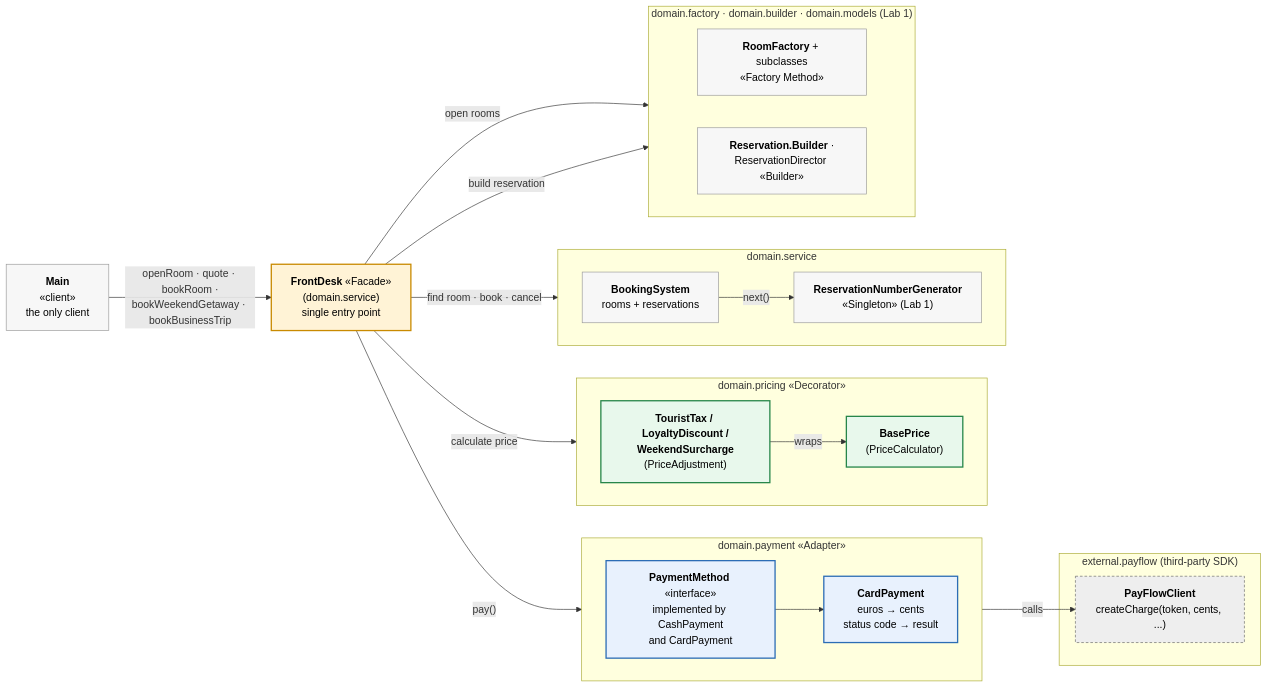
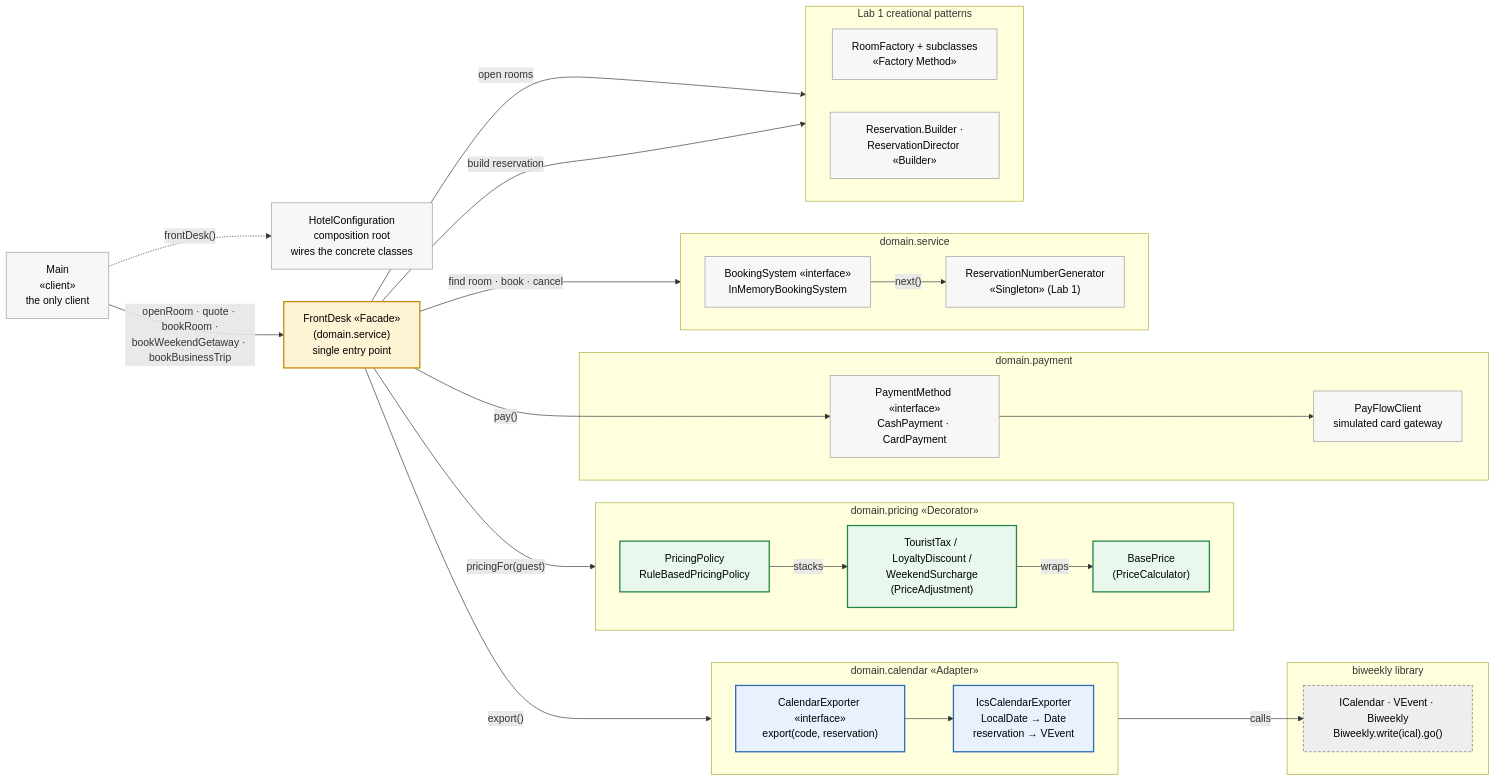
The diagram in lab2/diagrams/1-architecture.mmd (chiriladam/tmps-labs), drawn with Mermaid before and after one commit. The commit also changed 9 other files, not shown here.

Commit message:
Lab 2: update diagrams for the new design and re-render the PNGs

```diff
--- a/lab2/diagrams/1-architecture.mmd
+++ b/lab2/diagrams/1-architecture.mmd
@@ -1,53 +1,64 @@
 flowchart LR
-    Main["<b>Main</b><br/>«client»<br/>the only client"]
-    FD["<b>FrontDesk</b> «Facade»<br/>(domain.service)<br/>single entry point"]
+    Main["Main<br/>«client»<br/>the only client"]
+    CFG["HotelConfiguration<br/>composition root<br/>wires the concrete classes"]
+    FD["FrontDesk «Facade»<br/>(domain.service)<br/>single entry point"]
 
-    subgraph payment["domain.payment  «Adapter»"]
+    subgraph calendar["domain.calendar  «Adapter»"]
         direction LR
-        PM["<b>PaymentMethod</b> «interface»<br/>implemented by CashPayment<br/>and CardPayment"]
-        CP["<b>CardPayment</b><br/>euros → cents<br/>status code → result"]
+        CE["CalendarExporter «interface»<br/>export(code, reservation)"]
+        ICS["IcsCalendarExporter<br/>LocalDate → Date<br/>reservation → VEvent"]
     end
 
-    subgraph external["external.payflow (third-party SDK)"]
-        PF["<b>PayFlowClient</b><br/>createCharge(token, cents, ...)"]
+    subgraph lib["biweekly library"]
+        BW["ICalendar · VEvent · Biweekly<br/>Biweekly.write(ical).go()"]
     end
 
     subgraph pricing["domain.pricing  «Decorator»"]
         direction LR
-        PA["<b>TouristTax / LoyaltyDiscount /<br/>WeekendSurcharge</b><br/>(PriceAdjustment)"]
-        BP["<b>BasePrice</b><br/>(PriceCalculator)"]
+        POL["PricingPolicy<br/>RuleBasedPricingPolicy"]
+        PA["TouristTax / LoyaltyDiscount /<br/>WeekendSurcharge<br/>(PriceAdjustment)"]
+        BP["BasePrice<br/>(PriceCalculator)"]
+    end
+
+    subgraph payment["domain.payment"]
+        PM["PaymentMethod «interface»<br/>CashPayment · CardPayment"]
+        PF["PayFlowClient<br/>simulated card gateway"]
     end
 
     subgraph service["domain.service"]
         direction LR
-        BS["<b>BookingSystem</b><br/>rooms + reservations"]
-        G["<b>ReservationNumberGenerator</b><br/>«Singleton» (Lab 1)"]
+        BS["BookingSystem «interface»<br/>InMemoryBookingSystem"]
+        G["ReservationNumberGenerator<br/>«Singleton» (Lab 1)"]
     end
 
-    subgraph lab1["domain.factory · domain.builder · domain.models  (Lab 1)"]
+    subgraph lab1["Lab 1 creational patterns"]
         direction LR
-        RF["<b>RoomFactory</b> + subclasses<br/>«Factory Method»"]
-        RB["<b>Reservation.Builder</b> ·<br/>ReservationDirector «Builder»"]
+        RF["RoomFactory + subclasses<br/>«Factory Method»"]
+        RB["Reservation.Builder ·<br/>ReservationDirector «Builder»"]
     end
 
     Main -- "openRoom · quote · bookRoom ·<br/>bookWeekendGetaway · bookBusinessTrip" --> FD
+    Main -. "frontDesk()" .-> CFG
+    FD -- "pricingFor(guest)" --> POL
+    POL -- "stacks" --> PA
+    PA -- "wraps" --> BP
     FD -- "pay()" --> PM
-    PM --> CP
-    CP -- "calls" --> PF
-    FD -- "calculate price" --> PA
-    PA -- "wraps" --> BP
+    PM --> PF
+    FD -- "export()" --> CE
+    CE --> ICS
+    ICS -- "calls" --> BW
     FD -- "find room · book · cancel" --> BS
     BS -- "next()" --> G
     FD -- "open rooms" --> RF
     FD -- "build reservation" --> RB
 
     classDef facade fill:#fff3d6,stroke:#c98a00,stroke-width:2px,color:#000
     classDef adapter fill:#e8f1fd,stroke:#2c6db5,stroke-width:2px,color:#000
     classDef decorator fill:#e8f8ec,stroke:#27864a,stroke-width:2px,color:#000
     classDef ext fill:#eeeeee,stroke:#666,stroke-dasharray: 4 3,color:#000
     classDef plain fill:#f7f7f7,stroke:#999,color:#000
     class FD facade
-    class PM,CP adapter
-    class PA,BP decorator
-    class PF ext
-    class Main,BS,G,RF,RB plain
+    class CE,ICS adapter
+    class POL,PA,BP decorator
+    class BW ext
+    class Main,CFG,BS,G,RF,RB,PM,PF plain
```
